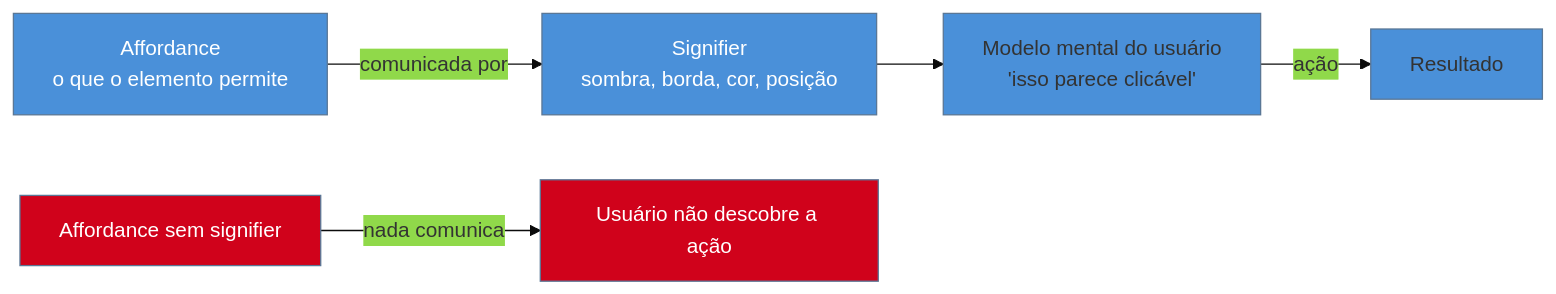
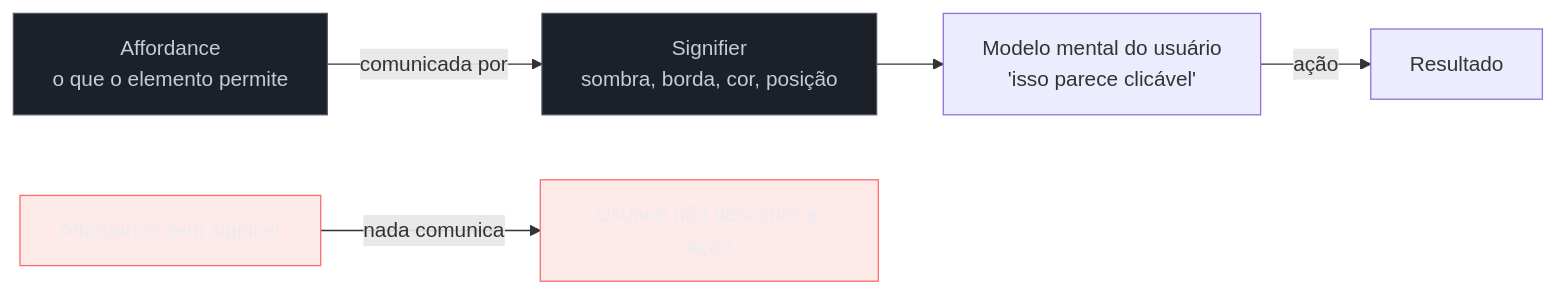
The diagram in 03-Dominios/Engenharia/UX/Fundamentos e Modelo Mental/02 - Affordances e signifiers.md (josenaldo/codex-technomanticus), drawn with Mermaid before and after one commit. The commit also changed 1181 other files, not shown here.

First line of the commit message:
fix(diagramas): paleta do sistema no lugar de cor cravada no markdown

````diff
--- a/03-Dominios/Engenharia/UX/Fundamentos e Modelo Mental/02 - Affordances e signifiers.md
+++ b/03-Dominios/Engenharia/UX/Fundamentos e Modelo Mental/02 - Affordances e signifiers.md
@@ -43,12 +43,13 @@
 ```mermaid
-%%{init: {"theme": "base", "themeVariables": {"primaryColor": "#4A90D9"}}}%%
 graph LR
+    classDef neutro fill:#1B2029,stroke:#4E5666,color:#C6CCD8
+    classDef falha fill:#FF6B6B24,stroke:#FF6B6B,color:#E9ECF2
     A["Affordance<br/>o que o elemento permite"] -->|comunicada por| S["Signifier<br/>sombra, borda, cor, posição"]
     S --> U["Modelo mental do usuário<br/>'isso parece clicável'"]
     U -->|ação| R["Resultado"]
     A2["Affordance sem signifier"] -->|nada comunica| X["Usuário não descobre a ação"]
-    style A fill:#4A90D9,color:#fff
-    style S fill:#4A90D9,color:#fff
-    style A2 fill:#D0021B,color:#fff
-    style X fill:#D0021B,color:#fff
+    class A neutro
+    class S neutro
+    class A2 falha
+    class X falha
 ```
````
